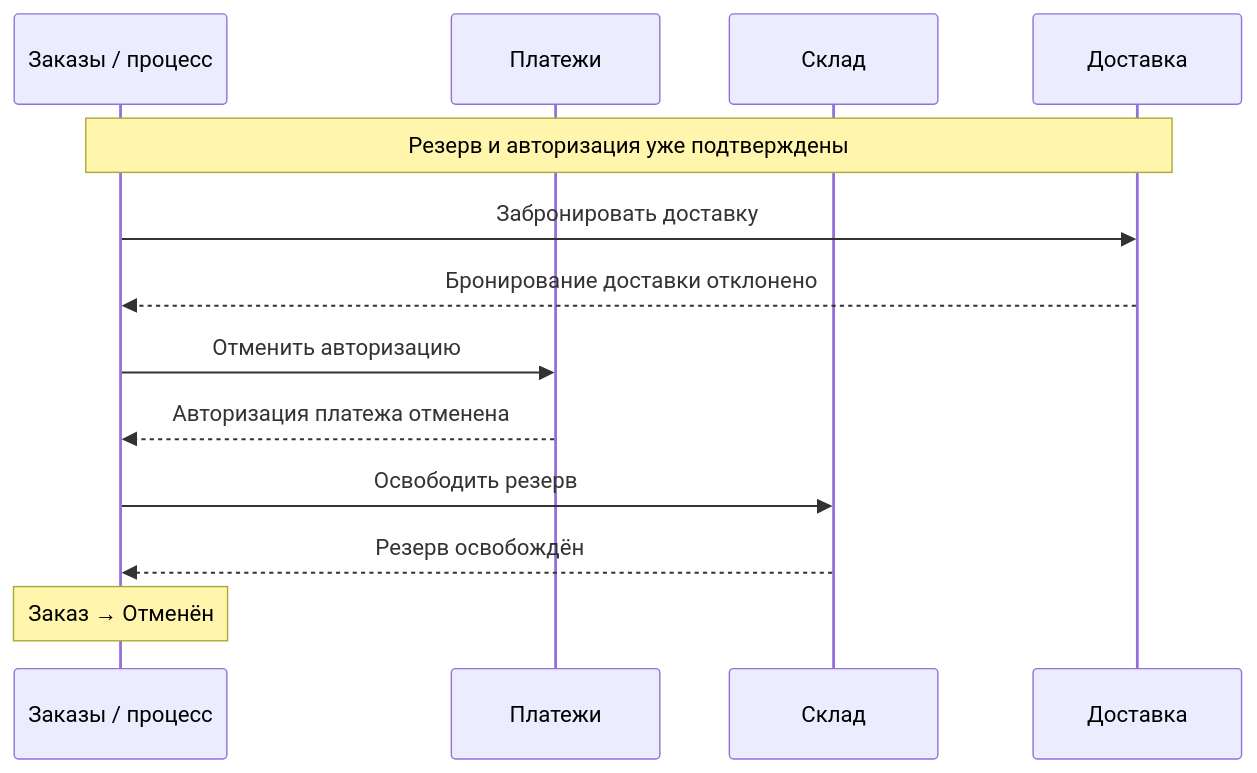
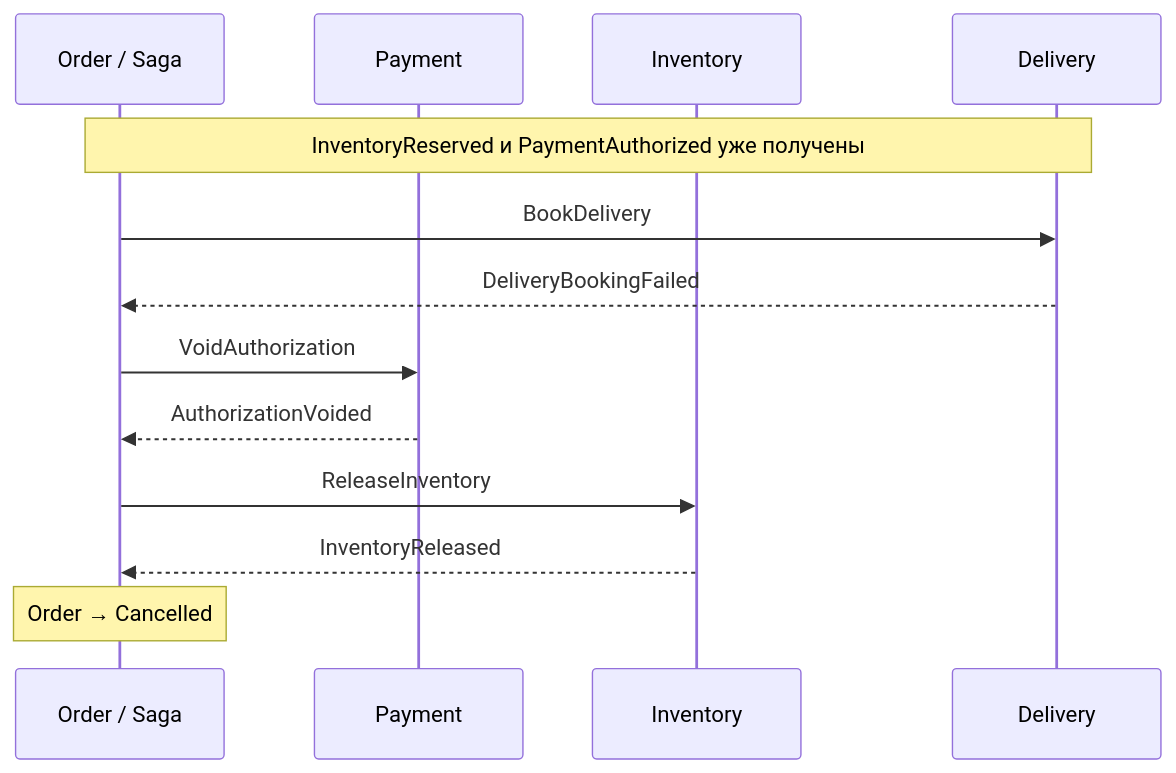
The fourth of 4 diagrams in lectures/01-saga-intro/sections/02-motivation.md (UsingCoding/rp-slides), drawn with Mermaid before and after one commit. The commit also changed other lines of this file and 16 other files, not shown here.

````diff
--- a/lectures/01-saga-intro/sections/02-motivation.md
+++ b/lectures/01-saga-intro/sections/02-motivation.md
@@ -118,15 +81,15 @@
 ```mermaid
 sequenceDiagram
-    participant O as Заказы / процесс
-    participant P as Платежи
-    participant I as Склад
-    participant D as Доставка
-    Note over O,D: Резерв и авторизация уже подтверждены
-    O->>D: Забронировать доставку
-    D-->>O: Бронирование доставки отклонено
-    O->>P: Отменить авторизацию
-    P-->>O: Авторизация платежа отменена
-    O->>I: Освободить резерв
-    I-->>O: Резерв освобождён
-    Note over O: Заказ → Отменён
+    participant O as Order / Saga
+    participant P as Payment
+    participant I as Inventory
+    participant D as Delivery
+    Note over O,D: InventoryReserved и PaymentAuthorized уже получены
+    O->>D: BookDelivery
+    D-->>O: DeliveryBookingFailed
+    O->>P: VoidAuthorization
+    P-->>O: AuthorizationVoided
+    O->>I: ReleaseInventory
+    I-->>O: InventoryReleased
+    Note over O: Order → Cancelled
 ```
````
